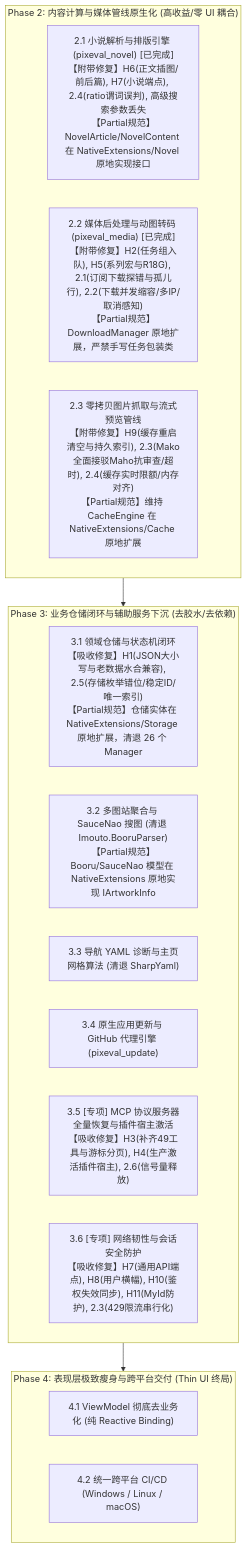
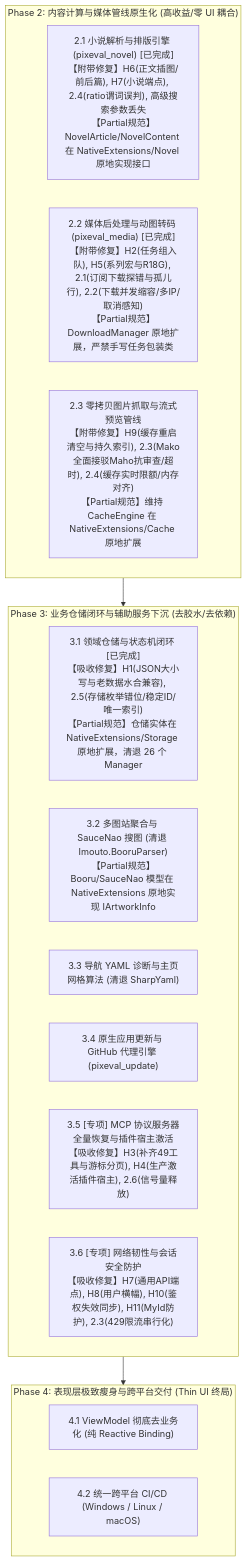
One commit to Summpot/Pixeval changed the diagram in docs/ROADMAP_RUST_MIGRATION_PHASE2.md. Above: the diagram before and after it, drawn with Mermaid. The commit also changed other lines of this file and 86 other files, not shown here.

````diff
--- a/docs/ROADMAP_RUST_MIGRATION_PHASE2.md
+++ b/docs/ROADMAP_RUST_MIGRATION_PHASE2.md
@@ -90,25 +90,25 @@
 ```mermaid
 flowchart TD
     subgraph Phase2 ["Phase 2: 内容计算与媒体管线原生化 (高收益/零 UI 耦合)"]
         P2_1["2.1 小说解析与排版引擎 (pixeval_novel) [已完成]<br/>【附带修复】H6(正文插图/前后篇), H7(小说端点), 2.4(ratio谓词误判), 高级搜索参数丢失<br/>【Partial规范】NovelArticle/NovelContent 在 NativeExtensions/Novel 原地实现接口"]
         P2_2["2.2 媒体后处理与动图转码 (pixeval_media) [已完成]<br/>【附带修复】H2(任务组入队), H5(系列宏与R18G), 2.1(订阅下载探错与孤儿行), 2.2(下载并发缩容/多IP/取消感知)<br/>【Partial规范】DownloadManager 原地扩展，严禁手写任务包装类"]
         P2_3["2.3 零拷贝图片抓取与流式预览管线<br/>【附带修复】H9(缓存重启清空与持久索引), 2.3(Mako全面接驳Maho抗审查/超时), 2.4(缓存实时限额/内存对齐)<br/>【Partial规范】维持 CacheEngine 在 NativeExtensions/Cache 原地扩展"]
     end
 
     subgraph Phase3 ["Phase 3: 业务仓储闭环与辅助服务下沉 (去胶水/去依赖)"]
-        P3_1["3.1 领域仓储与状态机闭环<br/>【吸收修复】H1(JSON大小写与老数据水合兼容), 2.5(存储枚举错位/稳定ID/唯一索引)<br/>【Partial规范】仓储实体在 NativeExtensions/Storage 原地扩展，清退 26 个 Manager"]
+        P3_1["3.1 领域仓储与状态机闭环 [已完成]<br/>【吸收修复】H1(JSON大小写与老数据水合兼容), 2.5(存储枚举错位/稳定ID/唯一索引)<br/>【Partial规范】仓储实体在 NativeExtensions/Storage 原地扩展，清退 26 个 Manager"]
         P3_2["3.2 多图站聚合与 SauceNao 搜图 (清退 Imouto.BooruParser)<br/>【Partial规范】Booru/SauceNao 模型在 NativeExtensions 原地实现 IArtworkInfo"]
         P3_3["3.3 导航 YAML 诊断与主页网格算法 (清退 SharpYaml)"]
         P3_4["3.4 原生应用更新与 GitHub 代理引擎 (pixeval_update)"]
         P3_5["3.5 [专项] MCP 协议服务器全量恢复与插件宿主激活<br/>【吸收修复】H3(补齐49工具与游标分页), H4(生产激活插件宿主), 2.6(信号量释放)"]
         P3_6["3.6 [专项] 网络韧性与会话安全防护<br/>【吸收修复】H7(通用API端点), H8(用户横幅), H10(鉴权失效同步), H11(MyId防护), 2.3(429限流串行化)"]
     end
 
     subgraph Phase4 ["Phase 4: 表现层极致瘦身与跨平台交付 (Thin UI 终局)"]
         P4_1["4.1 ViewModel 彻底去业务化 (纯 Reactive Binding)"]
         P4_2["4.2 统一跨平台 CI/CD (Windows / Linux / macOS)"]
     end
 
     Phase2 --> Phase3
     Phase3 --> Phase4
 ```
````
